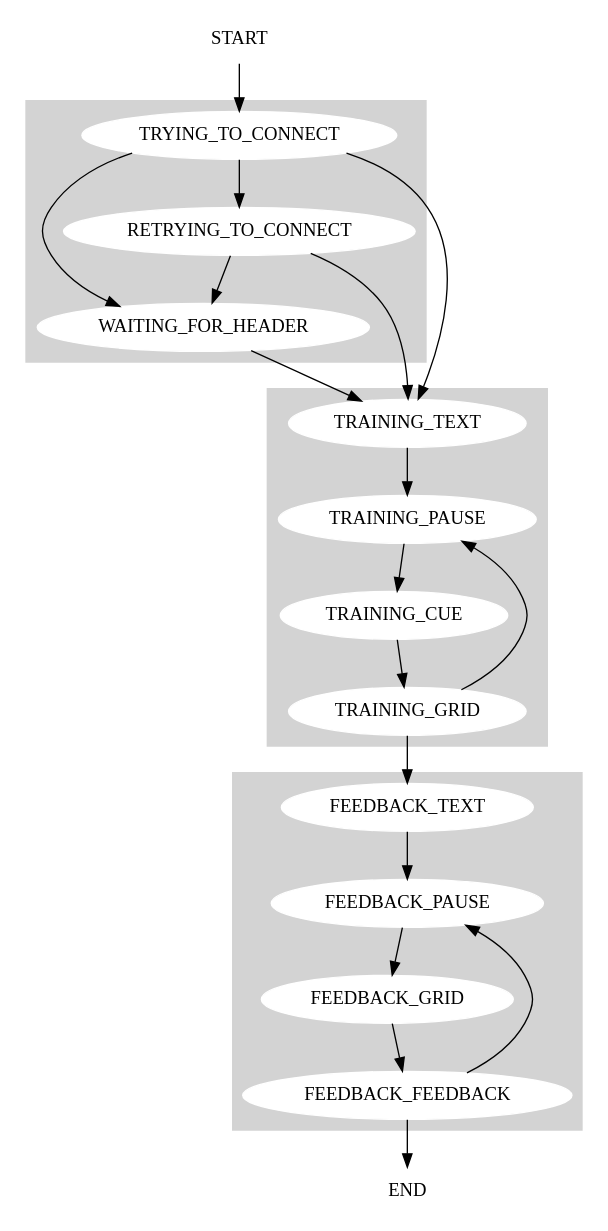
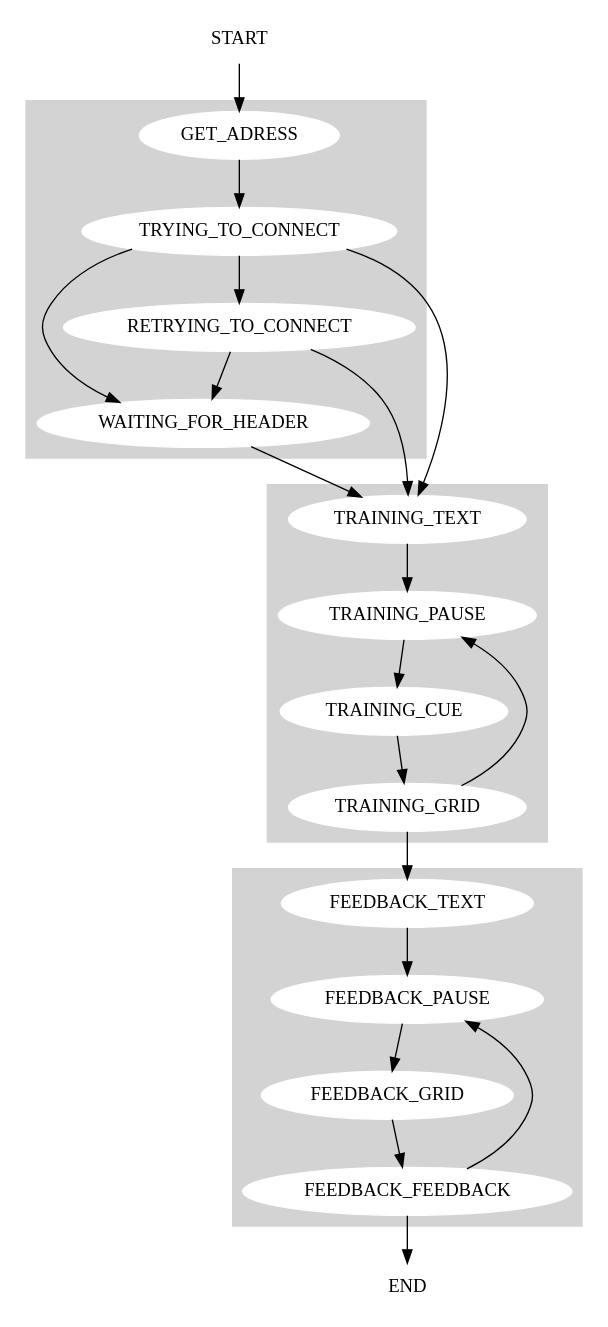
One commit to Wieke/Visual-Speller-Stimulus changed the diagram in doc/program_states.dot. Above: the diagram before and after it, drawn with Graphviz. The commit also changed 17 other files, not shown here.

```diff
--- a/doc/program_states.dot
+++ b/doc/program_states.dot
@@ -1,52 +1,54 @@
 digraph G {
 
 	node [style=filled,color=white];
 
 	subgraph cluster_0 {
 		style=filled;
 		color=lightgrey;
+		GET_ADRESS;
 		TRYING_TO_CONNECT;
 		RETRYING_TO_CONNECT;
 		WAITING_FOR_HEADER;
 	}
 
 
 	subgraph cluster_1 {
 		style=filled;
 		color=lightgrey;
 		TRAINING_TEXT
 		TRAINING_PAUSE
 		TRAINING_CUE
 		TRAINING_GRID
 }
 
 	subgraph cluster_2 {
 		style=filled;
 		color=lightgrey;
 		FEEDBACK_TEXT
 		FEEDBACK_PAUSE
 		FEEDBACK_GRID 
 		FEEDBACK_FEEDBACK 
 }
 
-	START -> TRYING_TO_CONNECT;
+	START -> GET_ADRESS;
+	GET_ADRESS -> TRYING_TO_CONNECT;
 	TRYING_TO_CONNECT -> TRAINING_TEXT;
 	TRYING_TO_CONNECT -> RETRYING_TO_CONNECT;
 	RETRYING_TO_CONNECT -> WAITING_FOR_HEADER;
 	RETRYING_TO_CONNECT -> TRAINING_TEXT;
 	TRYING_TO_CONNECT -> WAITING_FOR_HEADER;
 	WAITING_FOR_HEADER -> TRAINING_TEXT;
 	TRAINING_TEXT -> TRAINING_PAUSE;
 	TRAINING_PAUSE -> TRAINING_CUE;
 	TRAINING_CUE -> TRAINING_GRID;
 	TRAINING_GRID -> TRAINING_PAUSE;
 	TRAINING_GRID -> FEEDBACK_TEXT;
 	FEEDBACK_TEXT -> FEEDBACK_PAUSE;
 	FEEDBACK_PAUSE -> FEEDBACK_GRID;
 	FEEDBACK_GRID -> FEEDBACK_FEEDBACK;
 	FEEDBACK_FEEDBACK -> FEEDBACK_PAUSE;
 	FEEDBACK_FEEDBACK -> END;
 	
 	END;
 	START
 }
```
